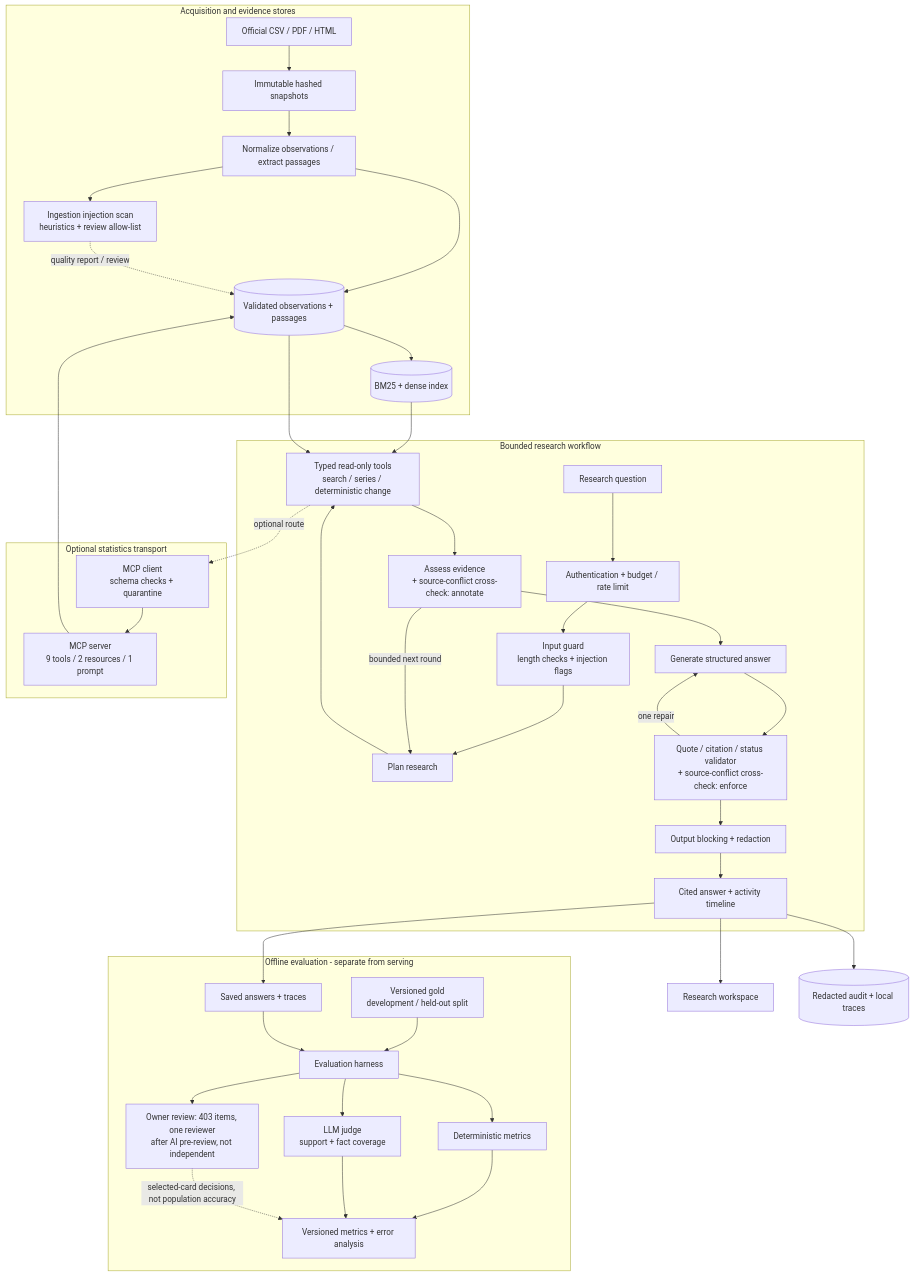
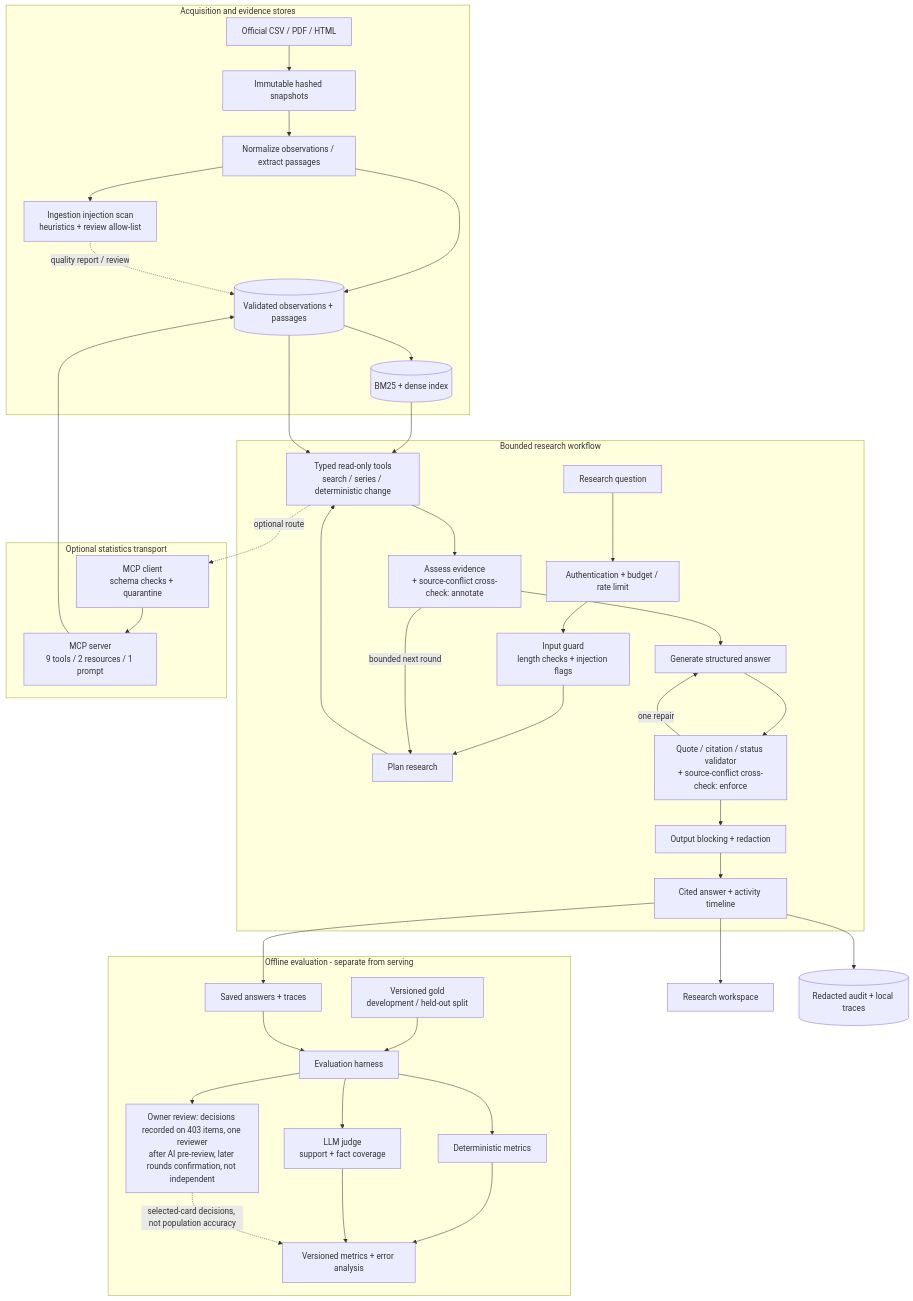
Before and after one commit to mihirkhandekar/labourlens: the diagram in docs/architecture.md, drawn with Mermaid. The commit also changed other lines of this file and 48 other files, not shown here.

Commit message:
Deck rebuilt to the owner's story flow; honest review wording; judge-vs-owner; numbers audit fixes

````diff
--- a/docs/architecture.md
+++ b/docs/architecture.md
@@ -24,46 +28,46 @@
 ```mermaid
 flowchart TB
   subgraph Data["Acquisition and evidence stores"]
     SOURCE[Official CSV / PDF / HTML] --> SNAP[Immutable hashed snapshots]
     SNAP --> PARSE[Normalize observations / extract passages]
     PARSE --> SCAN[Ingestion injection scan<br/>heuristics + review allow-list]
     PARSE --> STORE[(Validated observations + passages)]
     STORE --> INDEX[(BM25 + dense index)]
     SCAN -. quality report / review .-> STORE
   end
   subgraph Runtime["Bounded research workflow"]
     USER[Research question] --> ADMIT[Authentication + budget / rate limit]
     ADMIT --> INPUT[Input guard<br/>length checks + injection flags]
     INPUT --> PLAN[Plan research]
     PLAN --> TOOLS[Typed read-only tools<br/>search / series / deterministic change]
     TOOLS --> ASSESS[Assess evidence<br/>+ source-conflict cross-check: annotate]
     ASSESS -->|bounded next round| PLAN
     ASSESS --> ANSWER[Generate structured answer]
     ANSWER --> VALID[Quote / citation / status validator<br/>+ source-conflict cross-check: enforce]
     VALID -->|one repair| ANSWER
     VALID --> REDACT[Output blocking + redaction]
     REDACT --> OUT[Cited answer + activity timeline]
   end
   subgraph MCP["Optional statistics transport"]
     CLIENT[MCP client<br/>schema checks + quarantine]
     SERVER[MCP server<br/>9 tools / 2 resources / 1 prompt]
     CLIENT --> SERVER
   end
   subgraph Evaluation["Offline evaluation - separate from serving"]
     GOLD[Versioned gold<br/>development / held-out split] --> HARNESS[Evaluation harness]
     RUNS[Saved answers + traces] --> HARNESS
     HARNESS --> DETER[Deterministic metrics]
     HARNESS --> JUDGE[LLM judge<br/>support + fact coverage]
-    HARNESS --> HUMAN[Owner review: 403 items, one reviewer<br/>after AI pre-review, not independent]
+    HARNESS --> HUMAN[Owner review: decisions recorded on 403 items, one reviewer<br/>after AI pre-review, later rounds confirmation, not independent]
     DETER --> REPORT[Versioned metrics + error analysis]
     JUDGE --> REPORT
     HUMAN -. selected-card decisions, not population accuracy .-> REPORT
   end
   INDEX --> TOOLS
   STORE --> TOOLS
   TOOLS -. optional route .-> CLIENT
   SERVER --> STORE
   OUT --> RUNS
   OUT --> WEB[Research workspace]
   OUT --> AUDIT[(Redacted audit + local traces)]
 ```
````
